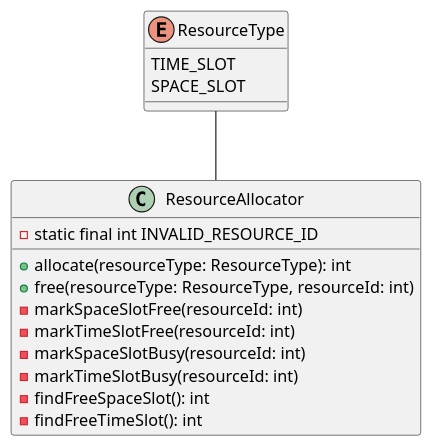
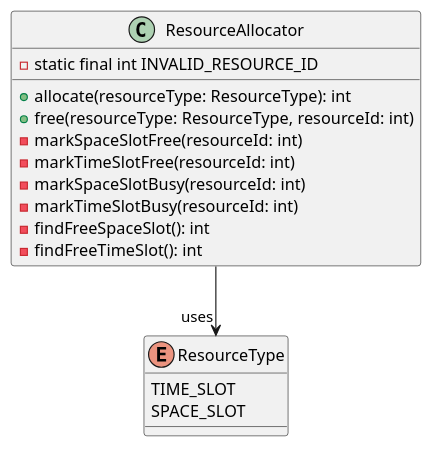
Before and after one commit to Ali-Doggaz/TP1-archi: the diagram in OCP/src/com/directi/training/ocp/exercise/solution/old_arch.plantuml, drawn with PlantUML. The commit also changed 1 other file, not shown here.

Commit message:
corrected OCP diagram

```diff
--- a/OCP/src/com/directi/training/ocp/exercise/solution/old_arch.plantuml
+++ b/OCP/src/com/directi/training/ocp/exercise/solution/old_arch.plantuml
@@ -1,22 +1,22 @@
 @startuml
 
 class ResourceAllocator {
     - static final int INVALID_RESOURCE_ID
     + allocate(resourceType: ResourceType): int
     + free(resourceType: ResourceType, resourceId: int)
     - markSpaceSlotFree(resourceId: int)
     - markTimeSlotFree(resourceId: int)
     - markSpaceSlotBusy(resourceId: int)
     - markTimeSlotBusy(resourceId: int)
     - findFreeSpaceSlot(): int
     - findFreeTimeSlot(): int
 }
 
 enum ResourceType {
     TIME_SLOT
     SPACE_SLOT
 }
 
-ResourceType -- ResourceAllocator
+ResourceAllocator -->  " uses" ResourceType
 
 @enduml
```
